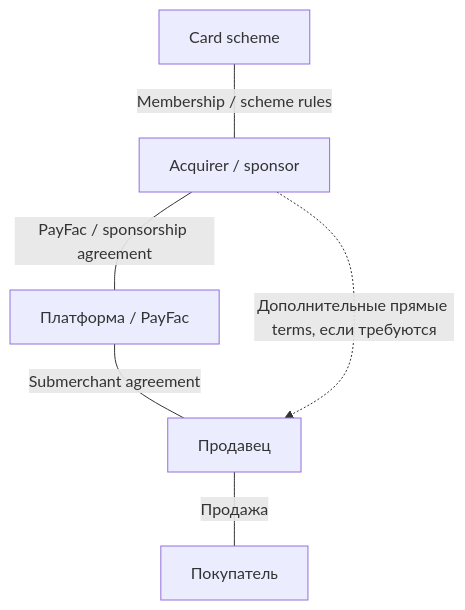
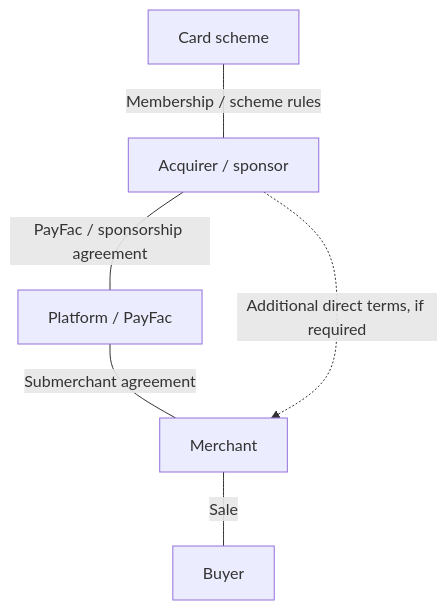
One commit to nuanu-ai/fintech-textbook-2026 changed the fifth of 11 diagrams in Textbook/01-Market-rules-and-licensing/README.md. Above: the diagram before and after it, drawn with Mermaid. The commit also changed other lines of this file and 78 other files, not shown here.

````diff
--- a/Textbook/01-Market-rules-and-licensing/README.md
+++ b/Textbook/01-Market-rules-and-licensing/README.md
@@ -148,8 +148,8 @@
 ```mermaid
 flowchart TD
  SC[Card scheme] ---|Membership / scheme rules| AC[Acquirer / sponsor]
- AC ---|PayFac / sponsorship agreement| PF[Платформа / PayFac]
- PF ---|Submerchant agreement| M[Продавец]
- M ---|Продажа| B[Покупатель]
- AC -.->|Дополнительные прямые terms, если требуются| M
+ AC ---|PayFac / sponsorship agreement| PF[Platform / PayFac]
+ PF ---|Submerchant agreement| M[Merchant]
+ M ---|Sale| B[Buyer]
+ AC -.->|Additional direct terms, if required| M
 ```
````
